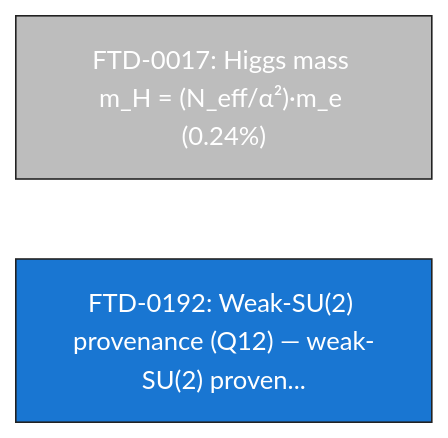
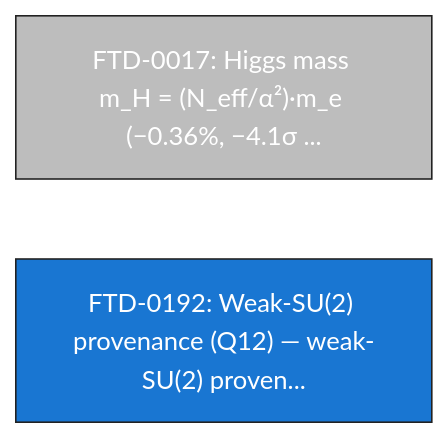
The third of 16 diagrams in docs/theory/09_mathematical/NODE_MAP_FTD_MATH.md (cpaci-tani/Foundational-Ternary-Dynamics), drawn with Mermaid before and after one commit. The commit also changed other lines of this file and 2 other files, not shown here.

Commit message:
docs(tracker): dissemination-layer + x-/N_c residual sweeps logged as queued arcs (section 10); math node map regenerated from post-arc LEDGER (json + mermaid md)

````diff
--- a/docs/theory/09_mathematical/NODE_MAP_FTD_MATH.md
+++ b/docs/theory/09_mathematical/NODE_MAP_FTD_MATH.md
@@ -249,7 +251,7 @@
 ```mermaid
 graph LR
-    FTD_0017["FTD-0017: Higgs mass m_H = (N_eff/α²)·m_e (0.24%)"]
+    FTD_0017["FTD-0017: Higgs mass m_H = (N_eff/α²)·m_e (−0.36%, −4.1σ ..."]
     style FTD_0017 fill:#bdbdbd,color:white,stroke:#222,stroke-width:1px
     FTD_0192["FTD-0192: Weak-SU(2) provenance (Q12) — weak-SU(2) proven..."]
     style FTD_0192 fill:#1976d2,color:white,stroke:#222,stroke-width:1px
 ```
````
